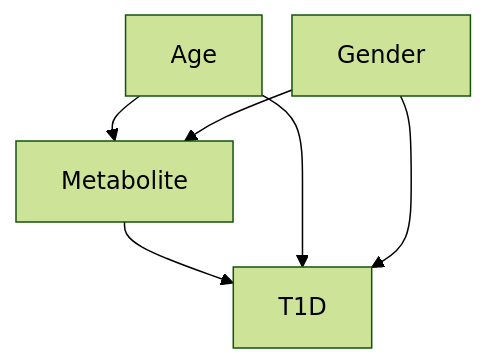
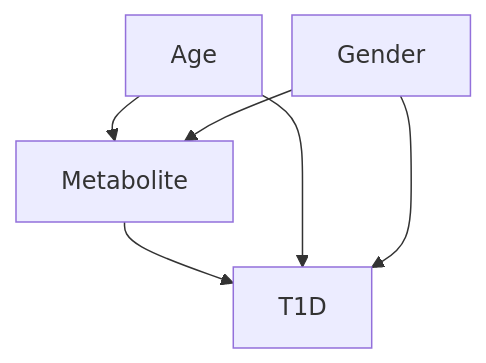
One commit to rostools/r-cubed-advanced changed the fourth of 4 diagrams in sessions/stats-analyses-basic.qmd. Above: the diagram before and after it, drawn with Mermaid. The commit also changed other lines of this file and 1 other file, not shown here.

Commit message:
don't need these mermaid themes anymore

````diff
--- a/sessions/stats-analyses-basic.qmd
+++ b/sessions/stats-analyses-basic.qmd
@@ -296,12 +296,12 @@
 ```{mermaid fig-model-research-question}
 %%| label: fig-model-research-question
 %%| fig-cap: Simple example of a theoretical model of plant growth.
 %%| echo: false
 %%| eval: true
-%%{init:{'theme':'forest', 'flowchart':{'nodeSpacing': 20, 'rankSpacing':30}, 'themeVariables': { 'edgeLabelBackground': 'transparent'}}}%%
+%%{init:{'flowchart':{'nodeSpacing': 20, 'rankSpacing':30}, 'themeVariables': { 'edgeLabelBackground': 'transparent'}}}%%
 graph TB
     Metabolite --> T1D
     Age & Gender --> T1D & Metabolite
 
 linkStyle 0,1,2,3,4 stroke-width:1px;
 ```
````
